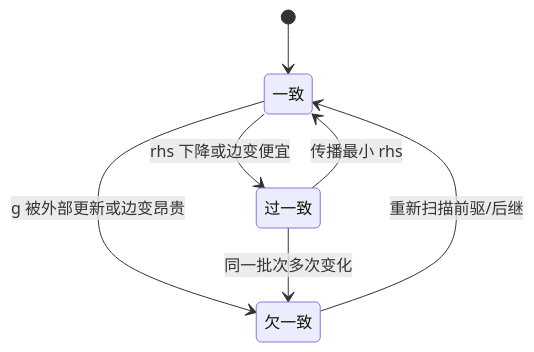
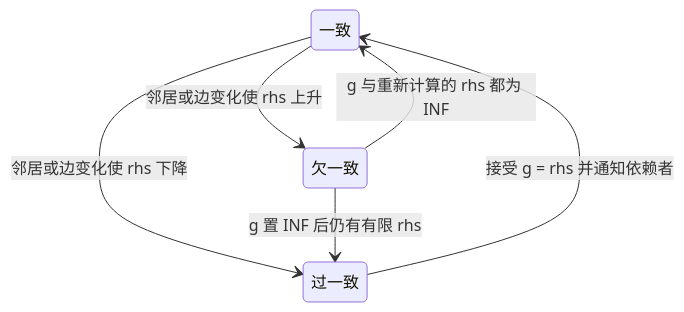
The first of 2 diagrams in 知识/02-数学与游戏算法/路径搜索与导航/02-动态寻路LPA与DStarLite.md (fantuan812/learning), drawn with Mermaid before and after one commit. The commit also changed other lines of this file and 1 other file, not shown here.

````diff
--- a/知识/02-数学与游戏算法/路径搜索与导航/02-动态寻路LPA与DStarLite.md
+++ b/知识/02-数学与游戏算法/路径搜索与导航/02-动态寻路LPA与DStarLite.md
@@ -94,9 +98,8 @@
-~~~mermaid
+```mermaid
 stateDiagram-v2
-    [*] --> 一致
-    一致 --> 过一致: rhs 下降或边变便宜
-    一致 --> 欠一致: g 被外部更新或边变昂贵
-    过一致 --> 一致: 传播最小 rhs
-    欠一致 --> 一致: 重新扫描前驱/后继
-    过一致 --> 欠一致: 同一批次多次变化
-~~~
+    一致 --> 过一致: 邻居或边变化使 rhs 下降
+    一致 --> 欠一致: 邻居或边变化使 rhs 上升
+    过一致 --> 一致: 接受 g = rhs 并通知依赖者
+    欠一致 --> 过一致: g 置 INF 后仍有有限 rhs
+    欠一致 --> 一致: g 与重新计算的 rhs 都为 INF
+```
````
